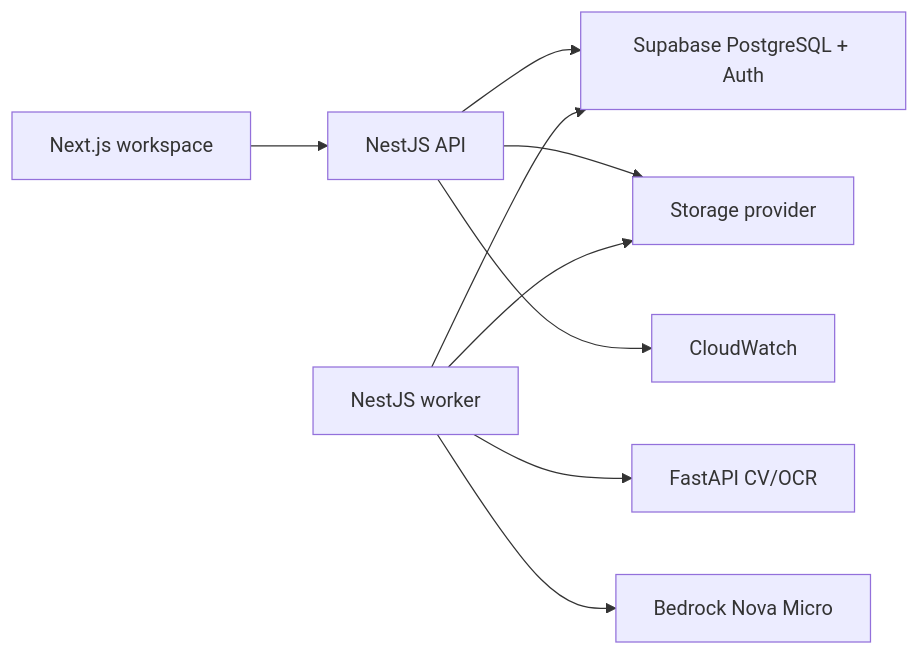
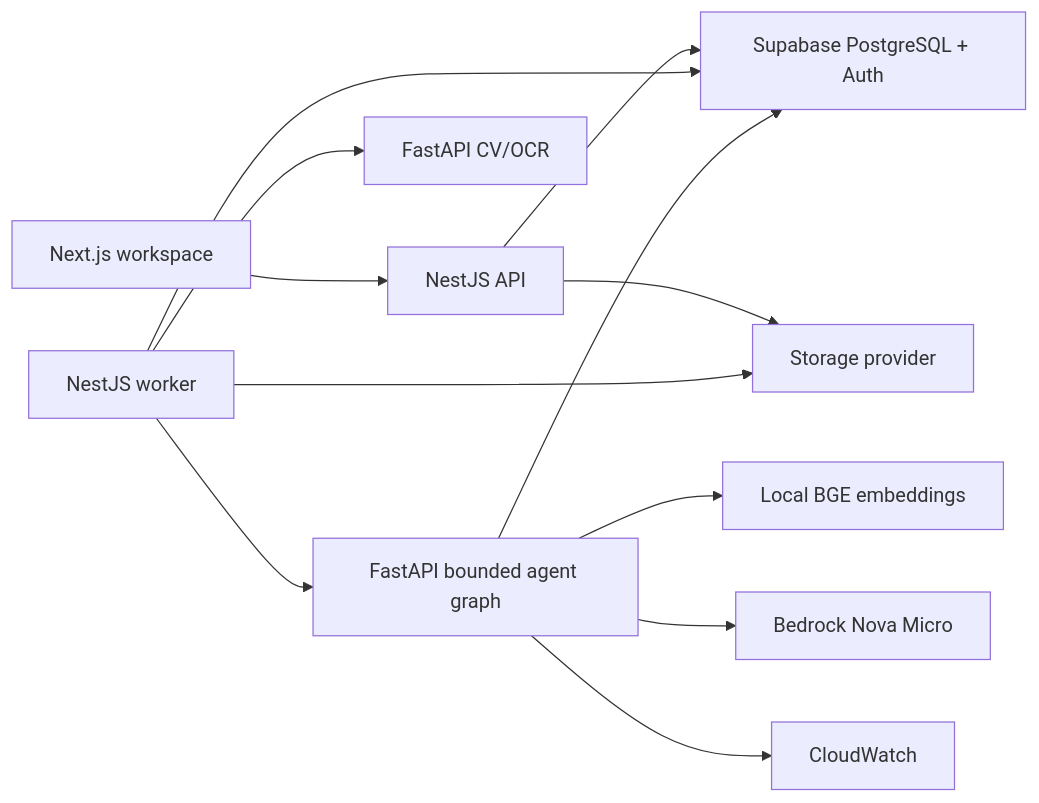
Before and after one commit to abdullahahsen05/plandelta-ai: the diagram in README.md, drawn with Mermaid. The commit also changed other lines of this file and 12 other files, not shown here.

````diff
--- a/README.md
+++ b/README.md
@@ -42,11 +51,14 @@
 ```mermaid
 flowchart LR
     Browser["Next.js workspace"] --> API["NestJS API"]
     API --> DB["Supabase PostgreSQL + Auth"]
     Worker["NestJS worker"] --> DB
     Worker --> Vision["FastAPI CV/OCR"]
+    Worker --> Agent["FastAPI bounded agent graph"]
+    Agent --> DB
+    Agent --> Embeddings["Local BGE embeddings"]
     API --> Storage["Storage provider"]
     Worker --> Storage
-    Worker --> Bedrock["Bedrock Nova Micro"]
-    API --> Logs["CloudWatch"]
+    Agent --> Bedrock["Bedrock Nova Micro"]
+    Agent --> Logs["CloudWatch"]
 ```
````
